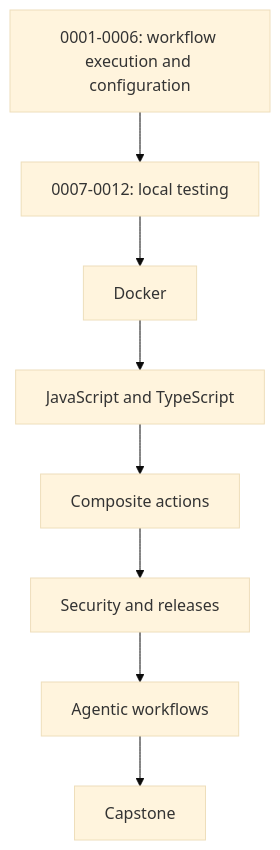
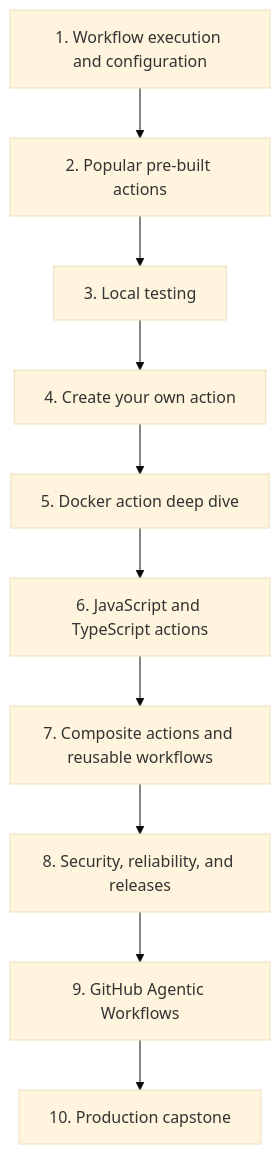
One commit to Rohit1024/actions-learn changed the diagram in docs/lessons/index.md. Above: the diagram before and after it, drawn with Mermaid (base theme). The commit also changed other lines of this file and 40 other files, not shown here.

Commit message:
Add pre-built action selection and custom action creation modules

````diff
--- a/docs/lessons/index.md
+++ b/docs/lessons/index.md
@@ -16,10 +19,12 @@
 ```mermaid
 flowchart TD
-    Workflows["0001-0006: workflow execution and configuration"] --> Local["0007-0012: local testing"]
-    Local --> Docker["Docker"]
-    Docker --> JS["JavaScript and TypeScript"]
-    JS --> Composite["Composite actions"]
-    Composite --> Security["Security and releases"]
-    Security --> Agentic["Agentic workflows"]
-    Agentic --> Capstone["Capstone"]
+    Workflow["1. Workflow execution and configuration"] --> Reuse["2. Popular pre-built actions"]
+    Reuse --> Local["3. Local testing"]
+    Local --> Own["4. Create your own action"]
+    Own --> Docker["5. Docker action deep dive"]
+    Docker --> Node["6. JavaScript and TypeScript actions"]
+    Node --> Compose["7. Composite actions and reusable workflows"]
+    Compose --> Security["8. Security, reliability, and releases"]
+    Security --> Agentic["9. GitHub Agentic Workflows"]
+    Agentic --> Capstone["10. Production capstone"]
 ```
````
